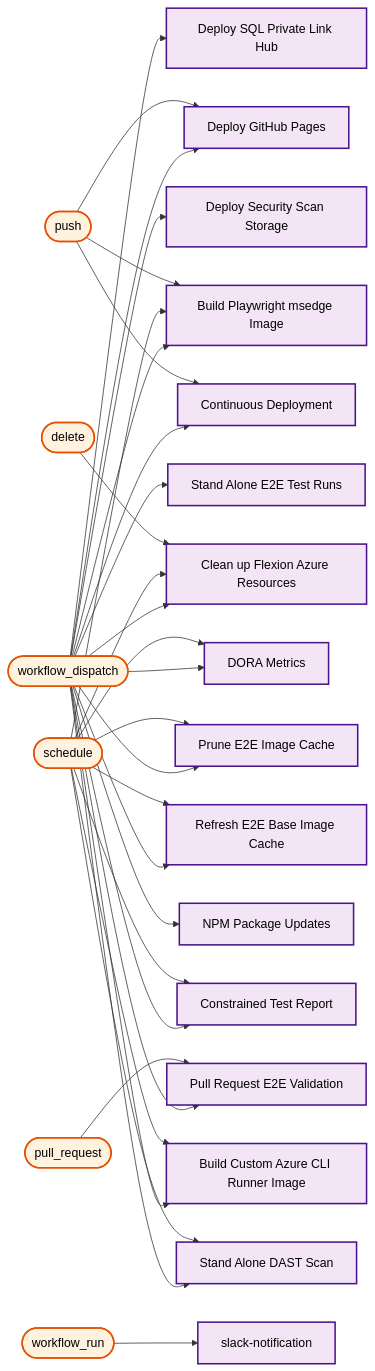
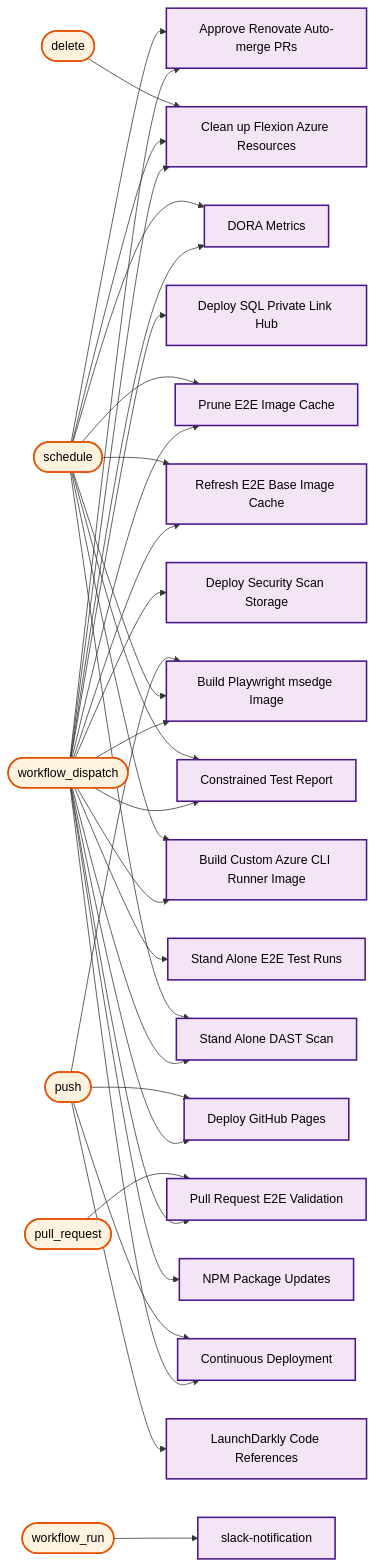
Diagram 28 of 28 in docs/operations/workflow-diagram.md (US-Trustee-Program/Bankruptcy-Oversight-Support-Systems), drawn with Mermaid before and after one commit. The commit also changed other lines of this file and 1 other file, not shown here.

First line of the commit message:
Add workflow to auto-approve Renovate automerge PRs

```diff
--- a/docs/operations/workflow-diagram.md
+++ b/docs/operations/workflow-diagram.md
@@ -1376,6 +1413,7 @@
 flowchart LR
     trigger_workflow_dispatch(["workflow_dispatch"])
     deploy_sql_hub_yml["Deploy SQL Private Link Hub"]
+    renovate_auto_approve_yml["Approve Renovate Auto-merge PRs"]
     build_playwright_msedge_image_yml["Build Playwright msedge Image"]
     deploy_security_scan_storage_yml["Deploy Security Scan Storage"]
     dora_metrics_yml["DORA Metrics"]
@@ -1391,6 +1429,7 @@
     dast_scan_yml["Stand Alone DAST Scan"]
     update_dependencies_yml["NPM Package Updates"]
     trigger_schedule(["schedule"])
+    renovate_auto_approve_yml["Approve Renovate Auto-merge PRs"]
     build_playwright_msedge_image_yml["Build Playwright msedge Image"]
     dora_metrics_yml["DORA Metrics"]
     azure_remove_branch_yml["Clean up Flexion Azure Resources"]
@@ -1402,6 +1441,7 @@
     trigger_push(["push"])
     build_playwright_msedge_image_yml["Build Playwright msedge Image"]
     deploy_pages_yml["Deploy GitHub Pages"]
+    launchdarkly_code_references_yml["LaunchDarkly Code References"]
     continuous_deployment_yml["Continuous Deployment"]
     trigger_delete(["delete"])
     azure_remove_branch_yml["Clean up Flexion Azure Resources"]
@@ -1411,6 +1451,7 @@
     slack_notification_yml["slack-notification"]
 
     trigger_workflow_dispatch --> deploy_sql_hub_yml
+    trigger_workflow_dispatch --> renovate_auto_approve_yml
     trigger_workflow_dispatch --> build_playwright_msedge_image_yml
     trigger_workflow_dispatch --> deploy_security_scan_storage_yml
     trigger_workflow_dispatch --> dora_metrics_yml
@@ -1425,6 +1466,7 @@
     trigger_workflow_dispatch --> build_azure_cli_image_yml
     trigger_workflow_dispatch --> dast_scan_yml
     trigger_workflow_dispatch --> update_dependencies_yml
+    trigger_schedule --> renovate_auto_approve_yml
     trigger_schedule --> build_playwright_msedge_image_yml
     trigger_schedule --> dora_metrics_yml
     trigger_schedule --> azure_remove_branch_yml
@@ -1435,6 +1477,7 @@
     trigger_schedule --> dast_scan_yml
     trigger_push --> build_playwright_msedge_image_yml
     trigger_push --> deploy_pages_yml
+    trigger_push --> launchdarkly_code_references_yml
     trigger_push --> continuous_deployment_yml
     trigger_delete --> azure_remove_branch_yml
     trigger_pull_request --> pr_validation_yml
@@ -1450,6 +1493,7 @@
     class trigger_pull_request trigger
     class trigger_workflow_run trigger
     class deploy_sql_hub_yml mainWorkflow
+    class renovate_auto_approve_yml mainWorkflow
     class build_playwright_msedge_image_yml mainWorkflow
     class deploy_security_scan_storage_yml mainWorkflow
     class dora_metrics_yml mainWorkflow
@@ -1460,6 +1504,7 @@
     class prune_e2e_image_cache_yml mainWorkflow
     class refresh_e2e_base_images_yml mainWorkflow
     class pr_validation_yml mainWorkflow
+    class launchdarkly_code_references_yml mainWorkflow
     class constrained_test_report_yml mainWorkflow
     class continuous_deployment_yml mainWorkflow
     class build_azure_cli_image_yml mainWorkflow
```
